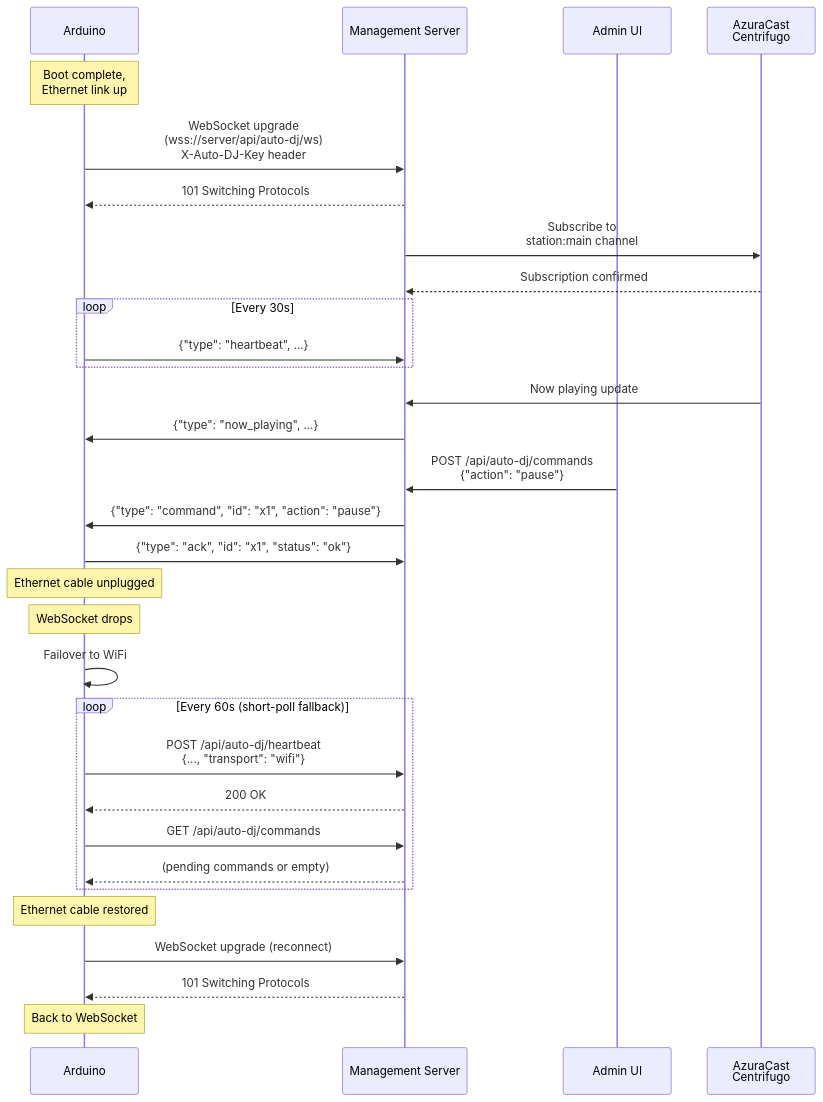
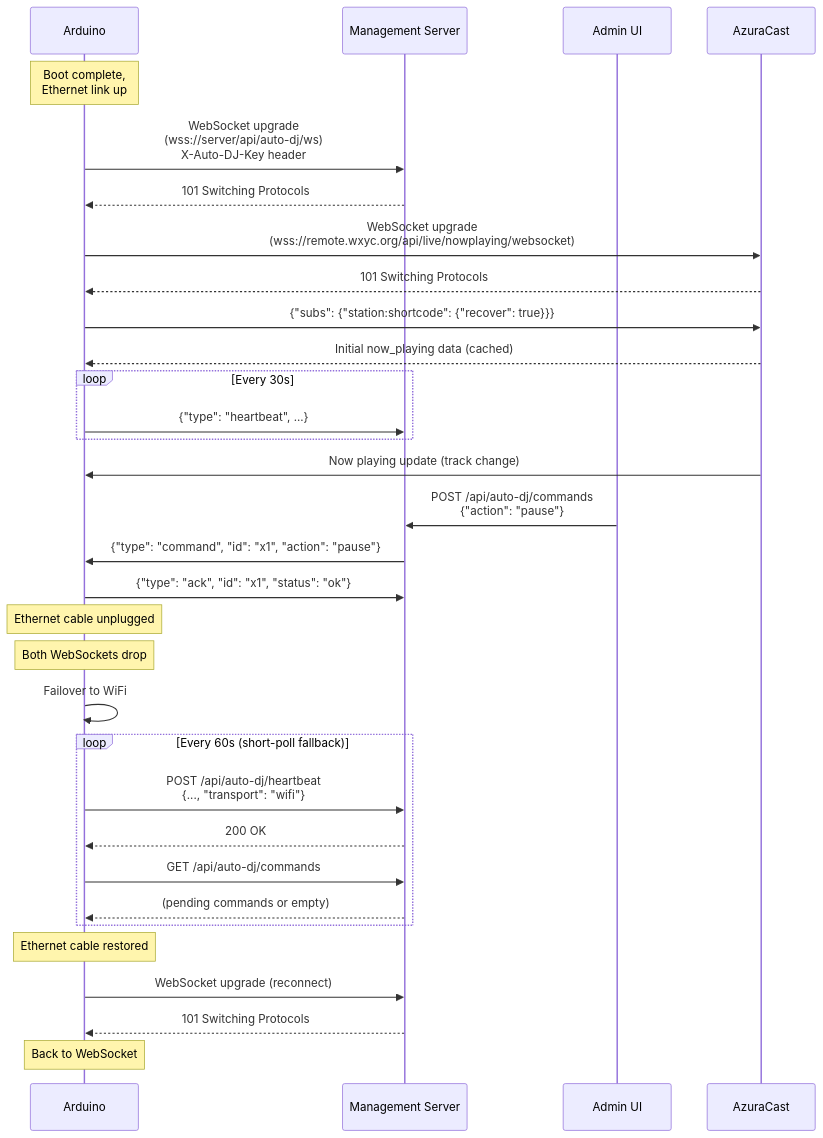
One commit to WXYC/auto-dj-arduino-switch changed the third of 11 diagrams in docs/networking-spec.md. Above: the diagram before and after it, drawn with Mermaid. The commit also changed other lines of this file, not shown here.

````diff
--- a/docs/networking-spec.md
+++ b/docs/networking-spec.md
@@ -436,43 +435,44 @@
 ```mermaid
 sequenceDiagram
     participant Arduino
     participant Server as Management Server
     participant Admin as Admin UI
-    participant AZ as AzuraCast<br>Centrifugo
+    participant AZ as AzuraCast
 
     Note over Arduino: Boot complete,<br/>Ethernet link up
 
     Arduino->>Server: WebSocket upgrade<br/>(wss://server/api/auto-dj/ws)<br/>X-Auto-DJ-Key header
     Server-->>Arduino: 101 Switching Protocols
 
-    Server->>AZ: Subscribe to<br/>station:main channel
-    AZ-->>Server: Subscription confirmed
+    Arduino->>AZ: WebSocket upgrade<br/>(wss://remote.wxyc.org/api/live/nowplaying/websocket)
+    AZ-->>Arduino: 101 Switching Protocols
+    Arduino->>AZ: {"subs": {"station:shortcode": {"recover": true}}}
+    AZ-->>Arduino: Initial now_playing data (cached)
 
     loop Every 30s
         Arduino->>Server: {"type": "heartbeat", ...}
     end
 
-    AZ->>Server: Now playing update
-    Server->>Arduino: {"type": "now_playing", ...}
+    AZ->>Arduino: Now playing update (track change)
 
     Admin->>Server: POST /api/auto-dj/commands<br/>{"action": "pause"}
     Server->>Arduino: {"type": "command", "id": "x1", "action": "pause"}
     Arduino->>Server: {"type": "ack", "id": "x1", "status": "ok"}
 
     Note over Arduino: Ethernet cable unplugged
-    Note over Arduino: WebSocket drops
+    Note over Arduino: Both WebSockets drop
 
     Arduino->>Arduino: Failover to WiFi
 
     loop Every 60s (short-poll fallback)
         Arduino->>Server: POST /api/auto-dj/heartbeat<br/>{..., "transport": "wifi"}
         Server-->>Arduino: 200 OK
         Arduino->>Server: GET /api/auto-dj/commands
         Server-->>Arduino: (pending commands or empty)
     end
 
     Note over Arduino: Ethernet cable restored
     Arduino->>Server: WebSocket upgrade (reconnect)
     Server-->>Arduino: 101 Switching Protocols
     Note over Arduino: Back to WebSocket
 ```
````
